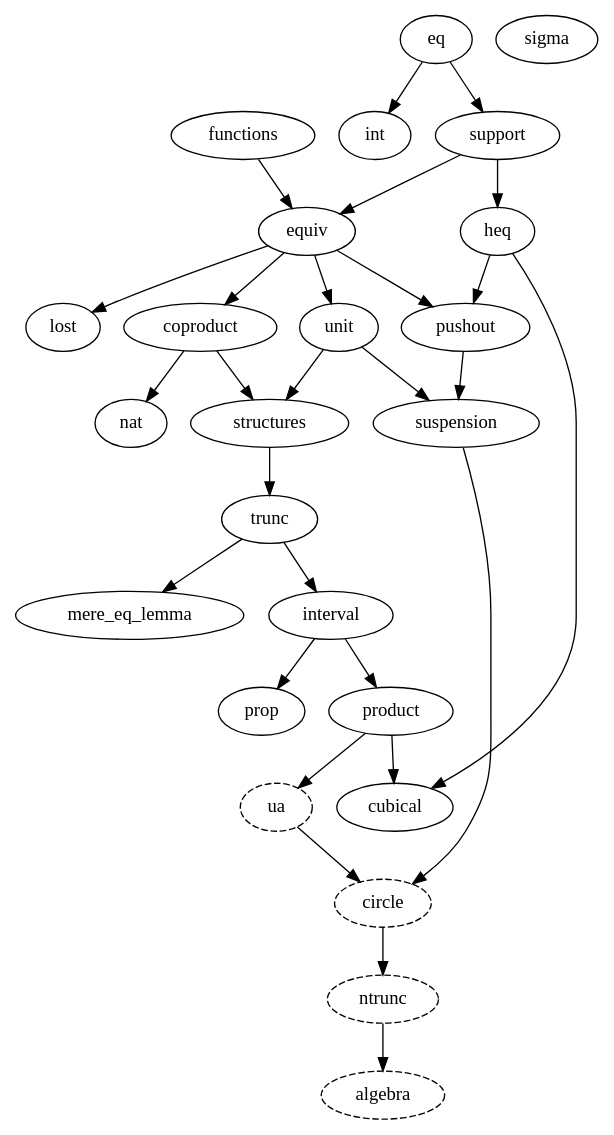
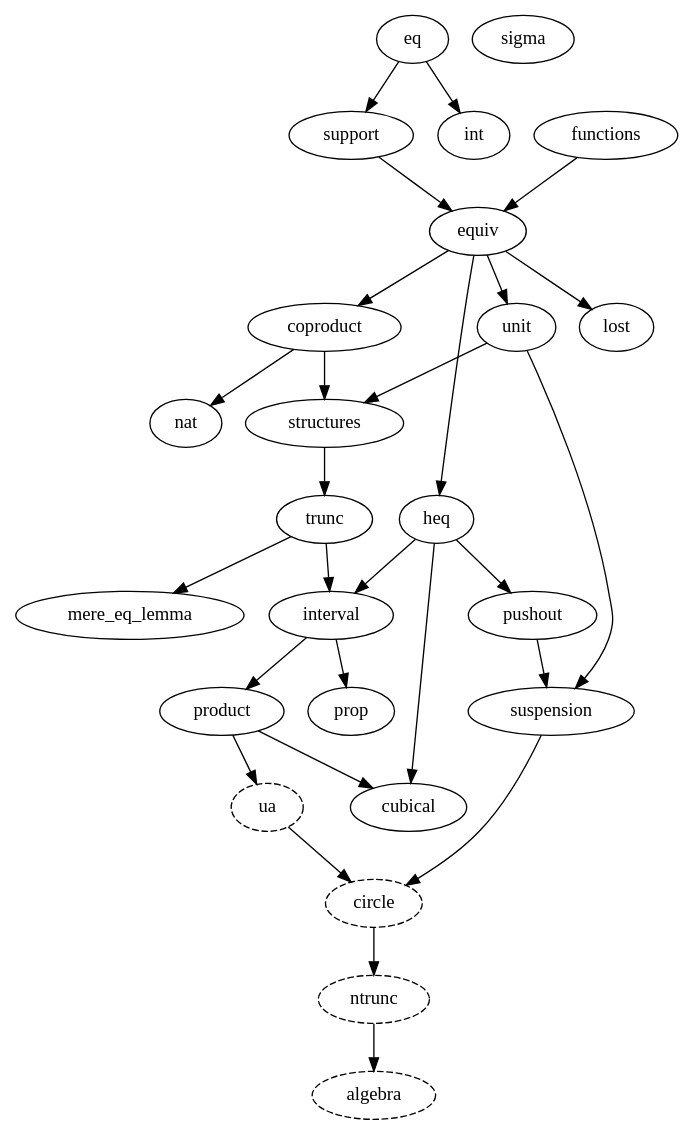
One commit to forked-from-1kasper/ground_zero changed the diagram in dependency_map.gv. Above: the diagram before and after it, drawn with Graphviz. The commit also changed 7 other files, not shown here.

```diff
--- a/dependency_map.gv
+++ b/dependency_map.gv
@@ -1,55 +1,55 @@
 digraph dependency_map {
   algebra [style=dashed]
   ntrunc -> algebra
 
   circle [style=dashed]
   suspension -> circle
   ua -> circle
 
   equiv -> coproduct
 
   heq -> cubical
   product -> cubical
 
-  support -> heq
+  equiv -> heq
 
   support -> equiv
   functions -> equiv
 
   eq -> int
 
   trunc -> interval
+  heq -> interval
 
   trunc -> mere_eq_lemma
 
   ntrunc [style=dashed]
   circle -> ntrunc
 
   interval -> product
 
   interval -> prop
 
   heq -> pushout
-  equiv -> pushout
 
   unit -> structures
   coproduct -> structures
 
   eq -> support
 
   pushout -> suspension
   unit -> suspension
 
   structures -> trunc
 
   ua [style=dashed]
   product -> ua
 
   equiv -> unit
 
   coproduct -> nat
 
   equiv -> lost
 
   sigma
 }
```
